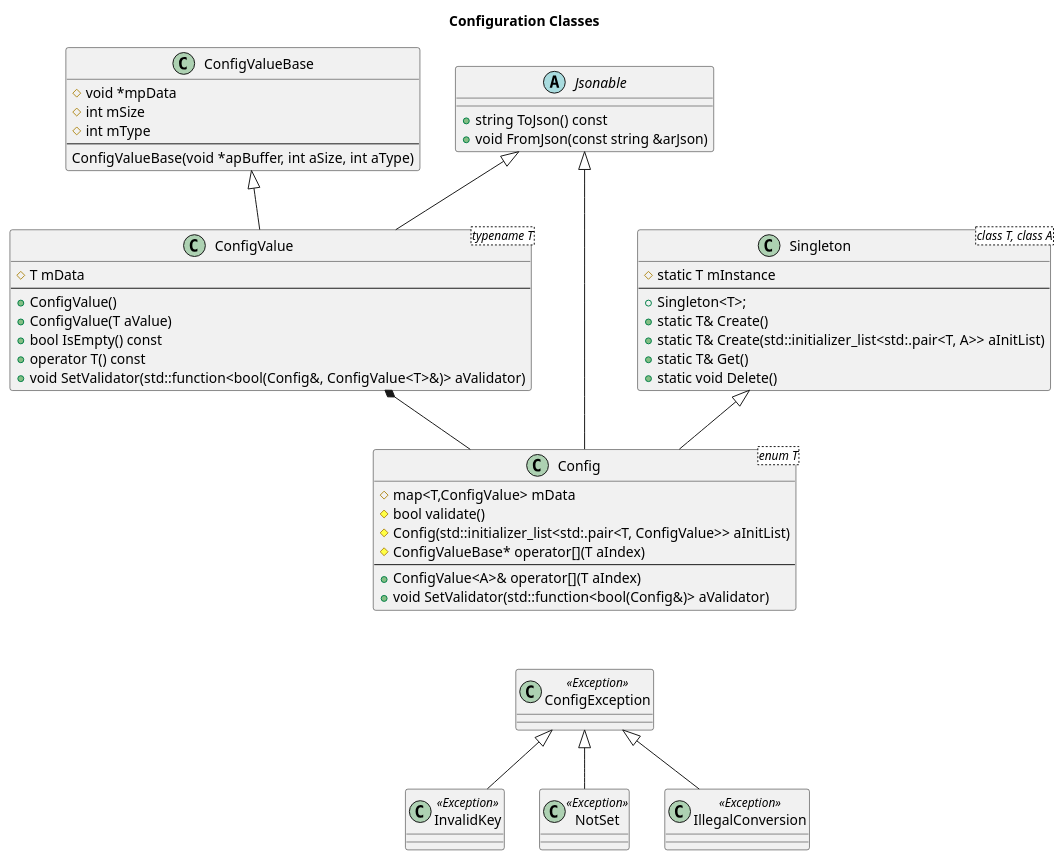
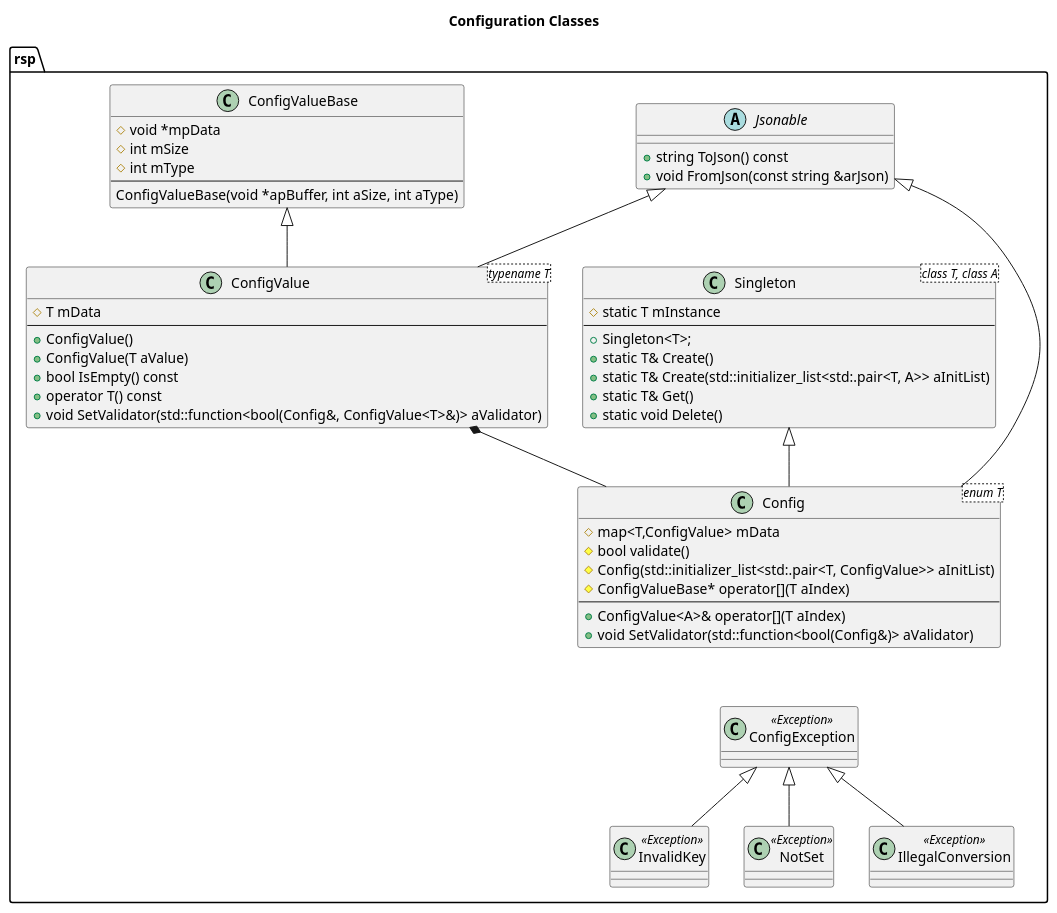
The diagram in docs/uml/Config Classes.puml (rsps/rsp-core-library), drawn with PlantUML before and after one commit. The commit also changed 5 other files, not shown here.

First line of the commit message:
Updated architecture

```diff
--- a/docs/uml/Config Classes.puml
+++ b/docs/uml/Config Classes.puml
@@ -1,68 +1,72 @@
 @startuml
 
 skinparam stereotypeCBackgroundColor<<Exception>> Red
 'hide stereotype
 
 title Configuration Classes
+
+namespace rsp {
 
 abstract class Jsonable {
     +string ToJson() const
     +void FromJson(const string &arJson)
 }
 
 class Singleton<class T, class A> {
     #static T mInstance
 --
     +Singleton<T>;
     +static T& Create()
     +static T& Create(std::initializer_list<std:.pair<T, A>> aInitList)
     +static T& Get()
     +static void Delete()
 }
 
 class ConfigValueBase {
     #void *mpData
     #int mSize
     #int mType
 --
     ConfigValueBase(void *apBuffer, int aSize, int aType)
 }
 
 class ConfigValue<typename T> {
     #T mData
 --
     +ConfigValue()
     +ConfigValue(T aValue)
     +bool IsEmpty() const
     +operator T() const
     +void SetValidator(std::function<bool(Config&, ConfigValue<T>&)> aValidator)
 }
 
 class Config<enum T> {
     #map<T,ConfigValue> mData
     #bool validate()
     #Config(std::initializer_list<std:.pair<T, ConfigValue>> aInitList)
     #ConfigValueBase* operator[](T aIndex)
 --
     +ConfigValue<A>& operator[](T aIndex)
     +void SetValidator(std::function<bool(Config&)> aValidator)
 }
 
 ConfigValueBase <|-- ConfigValue
 ConfigValue *-- Config
 Jsonable <|-- Config
 Jsonable <|-- ConfigValue
 Singleton <|-- Config
 
 class ConfigException <<Exception>>
 class InvalidKey <<Exception>>
 class NotSet <<Exception>>
 class IllegalConversion <<Exception>>
 
 ConfigException <|-- InvalidKey
 ConfigException <|-- NotSet
 ConfigException <|-- IllegalConversion
 
 Config <-down[hidden]- ConfigException
 
+}
+
 @enduml
```
